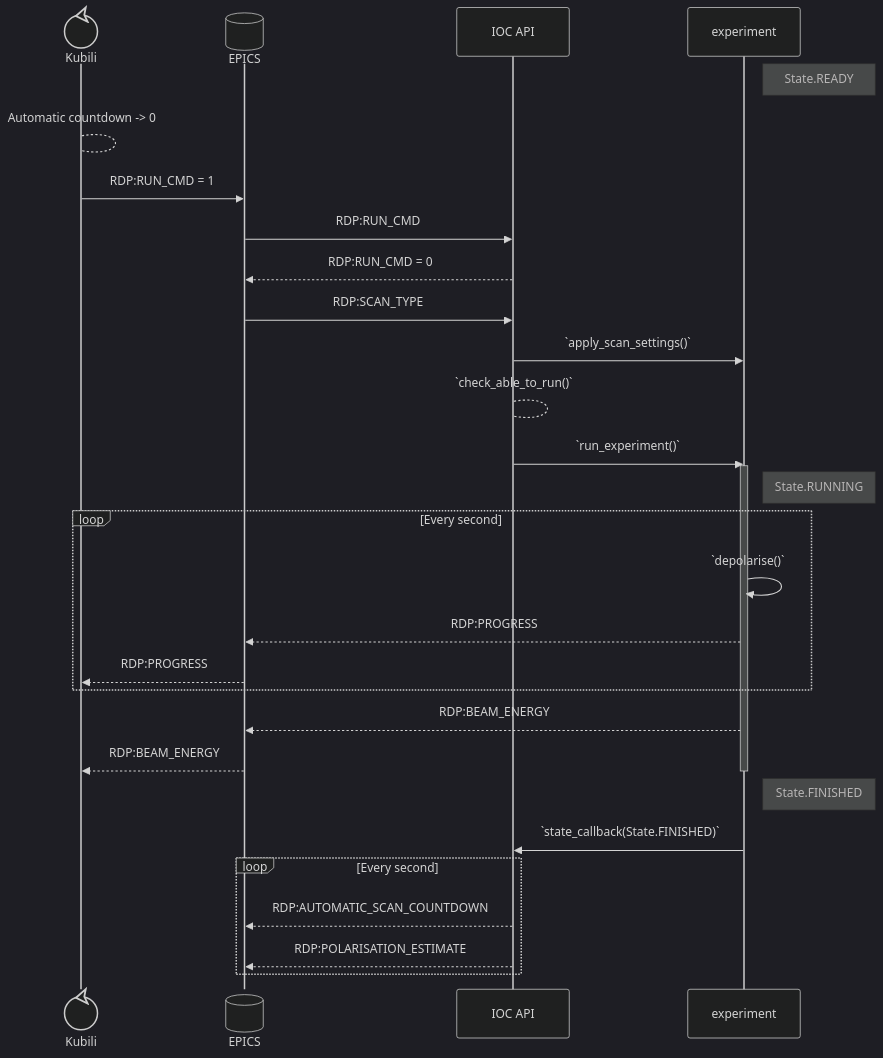
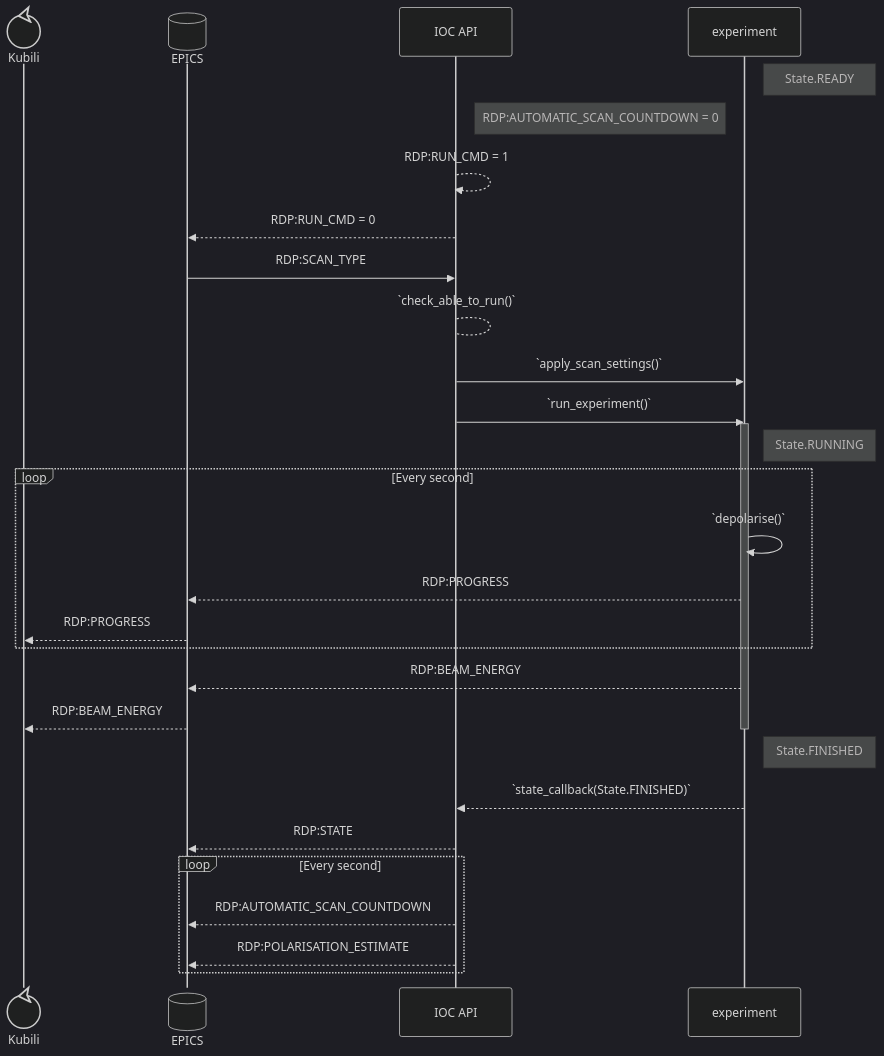
Before and after one commit to liamjwatson/resdep: the first of 4 diagrams in docs/code_base/workflow/ioc_api_workflow.md, drawn with Mermaid (dark theme). The commit also changed other lines of this file and 19 other files, not shown here.

````diff
--- a/docs/code_base/workflow/ioc_api_workflow.md
+++ b/docs/code_base/workflow/ioc_api_workflow.md
@@ -4,32 +4,32 @@
 ``` mermaid 
 sequenceDiagram
     participant K@{ "type" : "control" } as Kubili
     participant E@{ "type" : "database" } as EPICS
     participant A as IOC API
     participant R as experiment
     Note right of R: State.READY
-    K-->K: Automatic countdown -> 0
-    K->>E: RDP:RUN_CMD = 1
-    E->>A: RDP:RUN_CMD 
+    Note right of A: RDP:AUTOMATIC_SCAN_COUNTDOWN = 0
+    A-->>A: RDP:RUN_CMD = 1
     A-->>E: RDP:RUN_CMD = 0
     E->>A: RDP:SCAN_TYPE
+    A-->A: `check_able_to_run()`
     A->>R: `apply_scan_settings()`
-    A-->A: `check_able_to_run()`
     A->>R: `run_experiment()`
     activate R
     Note right of R: State.RUNNING
     loop Every second
         R->>R: `depolarise()`
         R-->>E: RDP:PROGRESS
         E-->>K: RDP:PROGRESS
     end
     R-->>E: RDP:BEAM_ENERGY
     E-->>K: RDP:BEAM_ENERGY
     deactivate R
     Note right of R: State.FINISHED
-    R->>A: `state_callback(State.FINISHED)`
+    R-->>A: `state_callback(State.FINISHED)`
+    A-->>E: RDP:STATE
     loop Every second
         A-->>E: RDP:AUTOMATIC_SCAN_COUNTDOWN
         A-->>E: RDP:POLARISATION_ESTIMATE
     end
 ```
````
